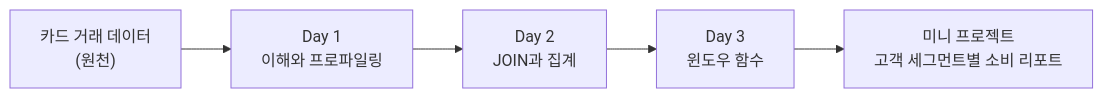
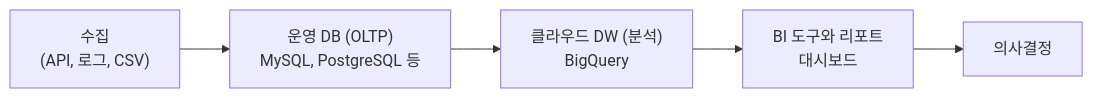
Before and after one commit to Eunjung-Cho/finda-week7-8: the first of 2 diagrams in docs/week7/day1-lecture.md, drawn with Mermaid. The commit also changed other lines of this file and 24 other files, not shown here.

First line of the commit message:
7주차 v0.2 개편: BigQuery 입문 중심 재구성, 8주차 제거

````diff
--- a/docs/week7/day1-lecture.md
+++ b/docs/week7/day1-lecture.md
@@ -22,7 +63,7 @@
 ```mermaid
 flowchart LR
-    A["카드 거래 데이터<br>(원천)"] --> B["Day 1<br>이해와 프로파일링"]
-    B --> C["Day 2<br>JOIN과 집계"]
-    C --> D["Day 3<br>윈도우 함수"]
-    D --> E["미니 프로젝트<br>고객 세그먼트별 소비 리포트"]
+    A["수집<br/>(API, 로그, CSV)"] --> B["운영 DB (OLTP)<br/>MySQL, PostgreSQL 등"]
+    B --> C["클라우드 DW (분석)<br/>BigQuery"]
+    C --> D["BI 도구와 리포트<br/>대시보드"]
+    D --> E["의사결정"]
 ```
````
